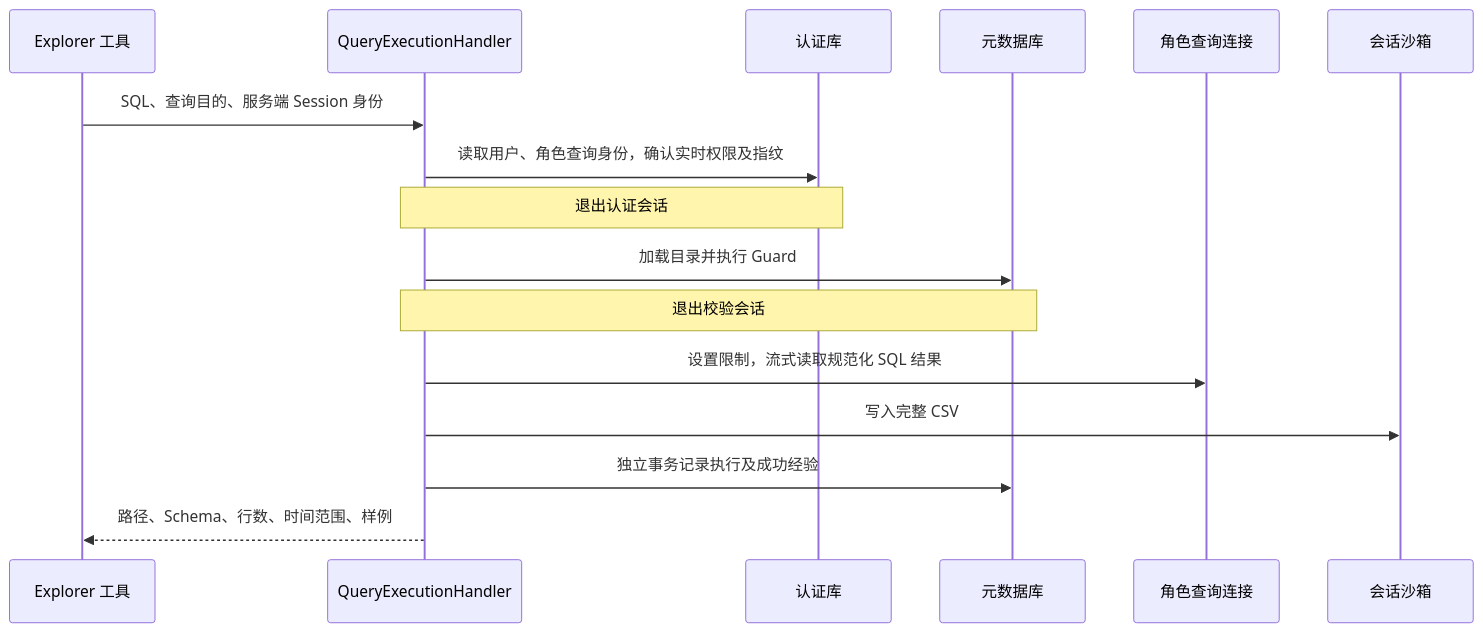
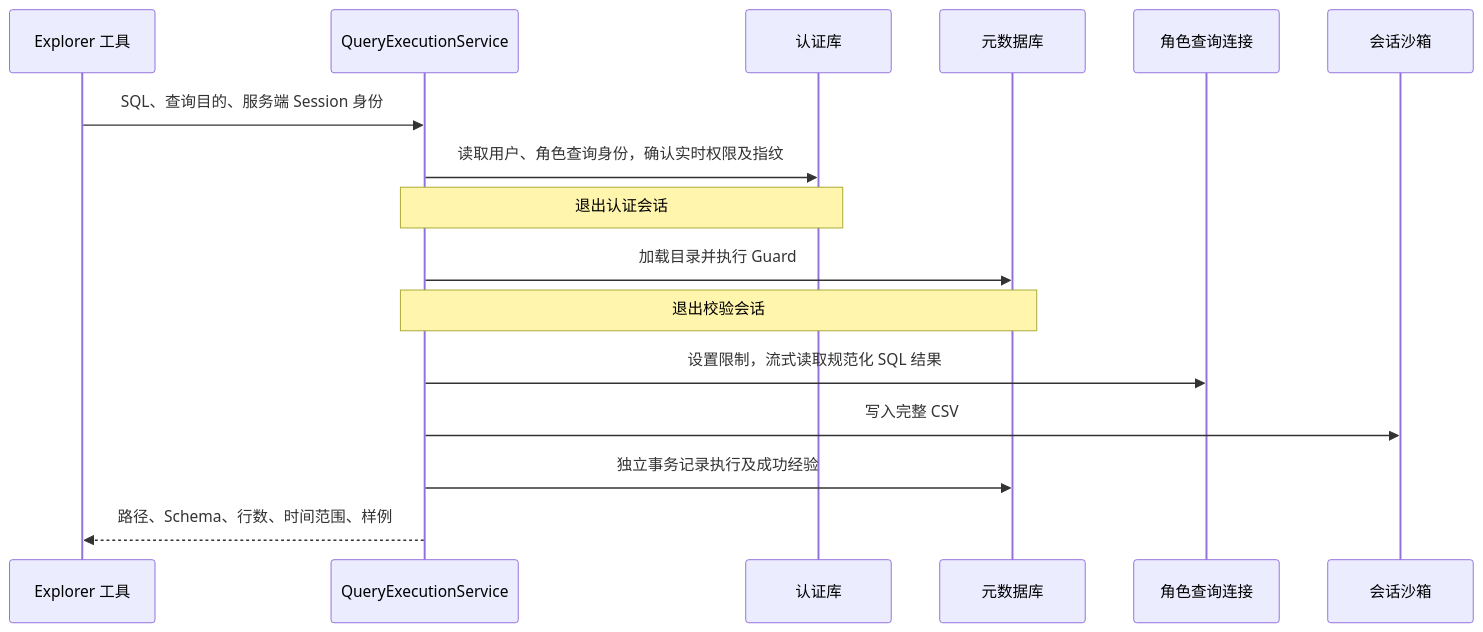
The first of 2 diagrams in docs/05_安全查询与经验沉淀.md (2739673455/dataagent), drawn with Mermaid before and after one commit. The commit also changed other lines of this file and 257 other files, not shown here.

````diff
--- a/docs/05_安全查询与经验沉淀.md
+++ b/docs/05_安全查询与经验沉淀.md
@@ -23,18 +22,18 @@
 ```mermaid
 sequenceDiagram
     participant Tool as Explorer 工具
-    participant Handler as QueryExecutionHandler
+    participant Handler as QueryExecutionService
     participant Auth as 认证库
     participant Meta as 元数据库
     participant Doris as 角色查询连接
     participant Files as 会话沙箱
     Tool->>Handler: SQL、查询目的、服务端 Session 身份
     Handler->>Auth: 读取用户、角色查询身份，确认实时权限及指纹
     Note over Handler,Auth: 退出认证会话
     Handler->>Meta: 加载目录并执行 Guard
     Note over Handler,Meta: 退出校验会话
     Handler->>Doris: 设置限制，流式读取规范化 SQL 结果
     Handler->>Files: 写入完整 CSV
     Handler->>Meta: 独立事务记录执行及成功经验
     Handler-->>Tool: 路径、Schema、行数、时间范围、样例
 ```
````
